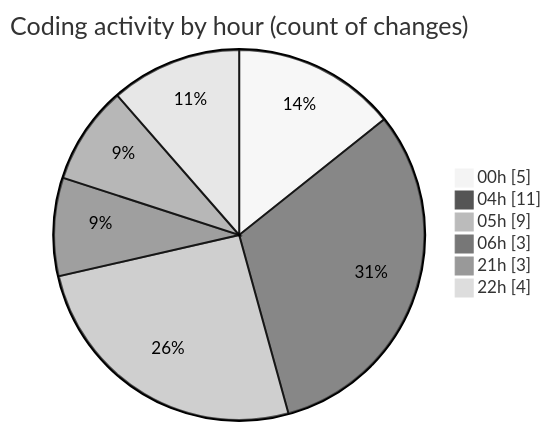
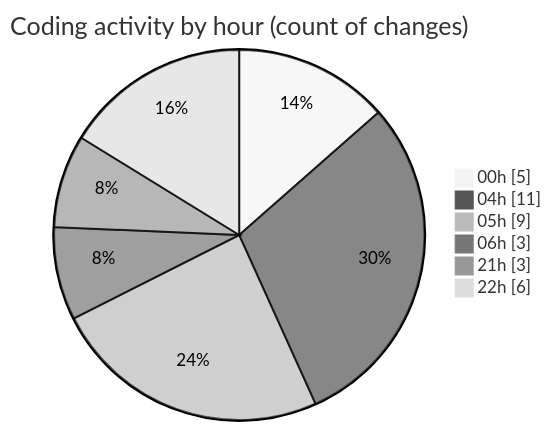
Before and after one commit to idhammustaqopulfikri/code-tracking: the second of 2 diagrams in 2025-03-28/autodidak/README.md, drawn with Mermaid (neutral theme). The commit also changed other lines of this file and 1 other file, not shown here.

````diff
--- a/2025-03-28/autodidak/README.md
+++ b/2025-03-28/autodidak/README.md
@@ -36,10 +36,10 @@
 ```mermaid
 pie showData
 title Coding activity by hour (count of changes)
 "00h" : 5
 "04h" : 11
 "05h" : 9
 "06h" : 3
 "21h" : 3
-"22h" : 4
+"22h" : 6
 ```
````
